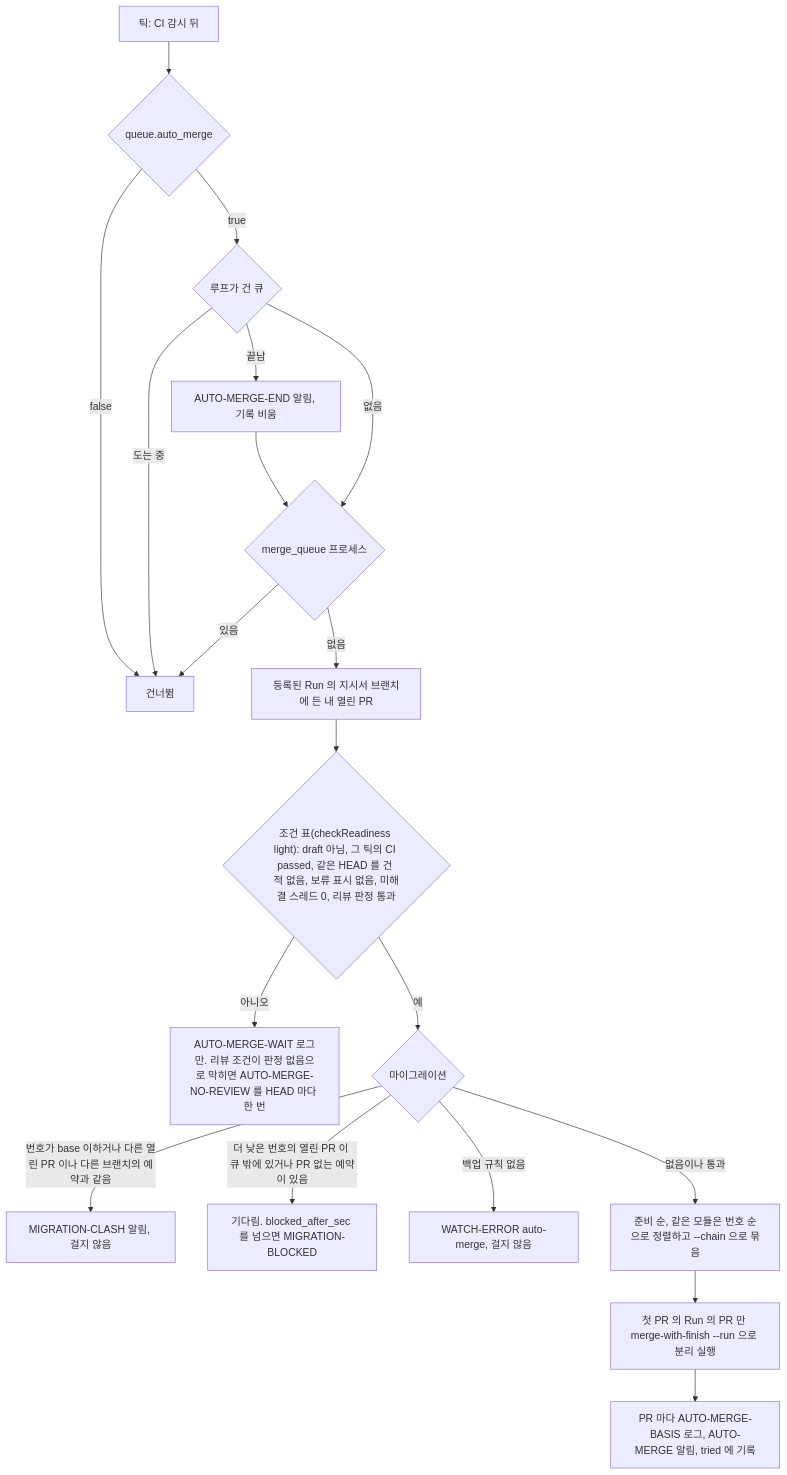
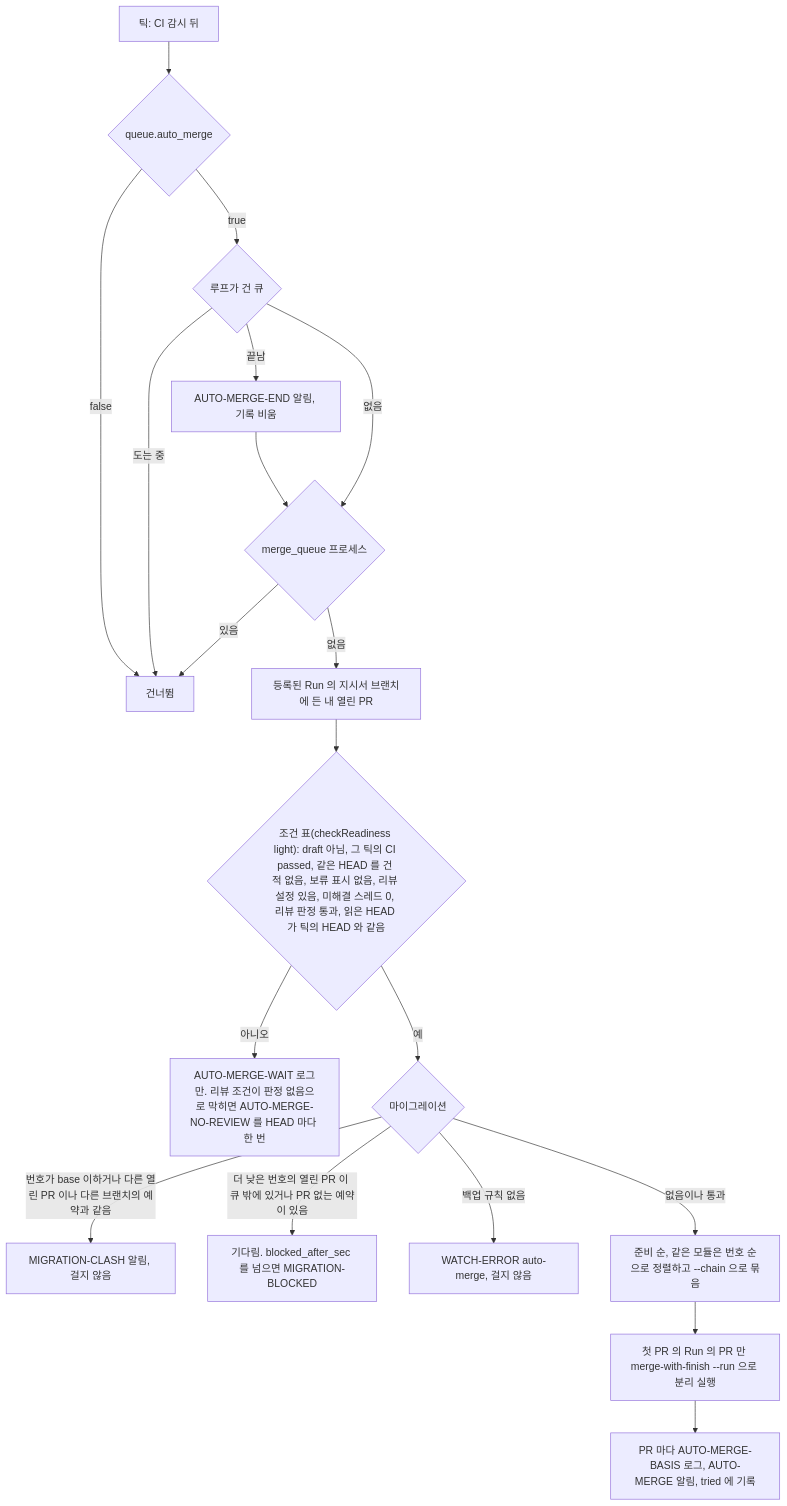
One commit to jon890/fos-skills changed the seventh of 8 diagrams in docs/flow.md. Above: the diagram before and after it, drawn with Mermaid. The commit also changed 8 other files, not shown here.

````diff
--- a/docs/flow.md
+++ b/docs/flow.md
@@ -412,21 +412,21 @@
 ```mermaid
 flowchart TD
     T[틱: CI 감시 뒤] --> E{queue.auto_merge}
     E -->|false| X[건너뜀]
     E -->|true| Q{루프가 건 큐}
     Q -->|끝남| END[AUTO-MERGE-END 알림, 기록 비움]
     Q -->|도는 중| X
     END --> P
     Q -->|없음| P{merge_queue 프로세스}
     P -->|있음| X
     P -->|없음| C[등록된 Run 의 지시서 브랜치에 든 내 열린 PR]
-    C --> R{"조건 표(checkReadiness light): draft 아님, 그 틱의 CI passed, 같은 HEAD 를 건 적 없음, 보류 표시 없음, 미해결 스레드 0, 리뷰 판정 통과"}
+    C --> R{"조건 표(checkReadiness light): draft 아님, 그 틱의 CI passed, 같은 HEAD 를 건 적 없음, 보류 표시 없음, 리뷰 설정 있음, 미해결 스레드 0, 리뷰 판정 통과, 읽은 HEAD 가 틱의 HEAD 와 같음"}
     R -->|아니오| W[AUTO-MERGE-WAIT 로그만. 리뷰 조건이 판정 없음으로 막히면 AUTO-MERGE-NO-REVIEW 를 HEAD 마다 한 번]
     R -->|예| M{마이그레이션}
     M -->|번호가 base 이하거나 다른 열린 PR 이나 다른 브랜치의 예약과 같음| CL[MIGRATION-CLASH 알림, 걸지 않음]
     M -->|더 낮은 번호의 열린 PR 이 큐 밖에 있거나 PR 없는 예약이 있음| B[기다림. blocked_after_sec 를 넘으면 MIGRATION-BLOCKED]
     M -->|백업 규칙 없음| WE[WATCH-ERROR auto-merge, 걸지 않음]
     M -->|없음이나 통과| O[준비 순, 같은 모듈은 번호 순으로 정렬하고 --chain 으로 묶음]
     O --> L[첫 PR 의 Run 의 PR 만 merge-with-finish --run 으로 분리 실행]
     L --> A[PR 마다 AUTO-MERGE-BASIS 로그, AUTO-MERGE 알림, tried 에 기록]
 ```
````
